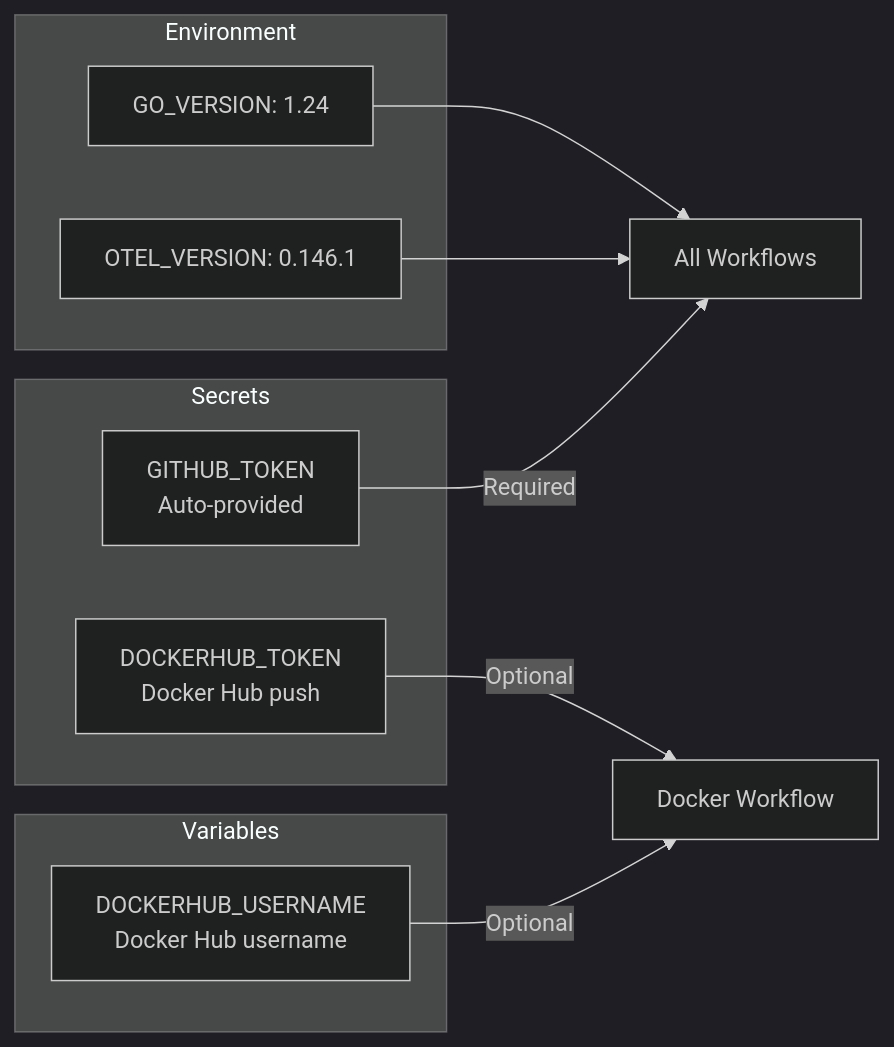
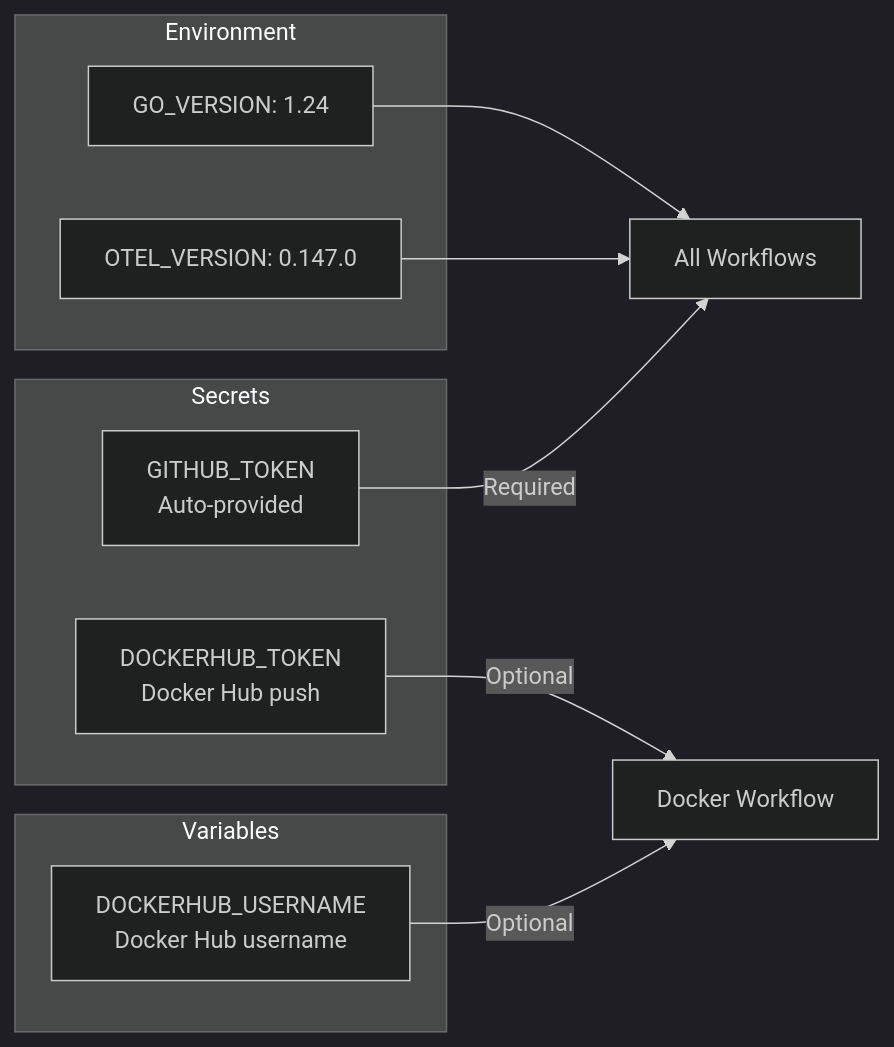
Before and after one commit to telemetryflow/telemetryflow-collector: the tenth of 13 diagrams in docs/GITHUB-WORKFLOWS.md, drawn with Mermaid (dark theme). The commit also changed other lines of this file and 24 other files, not shown here.

````diff
--- a/docs/GITHUB-WORKFLOWS.md
+++ b/docs/GITHUB-WORKFLOWS.md
@@ -352,22 +352,22 @@
 ```mermaid
 flowchart LR
     subgraph "Secrets"
         GH[GITHUB_TOKEN<br/>Auto-provided]
         DH[DOCKERHUB_TOKEN<br/>Docker Hub push]
     end
 
     subgraph "Variables"
         DHU[DOCKERHUB_USERNAME<br/>Docker Hub username]
     end
 
     subgraph "Environment"
         GO[GO_VERSION: 1.24]
-        OTEL[OTEL_VERSION: 0.146.1]
+        OTEL[OTEL_VERSION: 0.147.0]
     end
 
     GH --> |Required| ALL[All Workflows]
     DH --> |Optional| DOCKER[Docker Workflow]
     DHU --> |Optional| DOCKER
     GO --> ALL
     OTEL --> ALL
 ```
````
